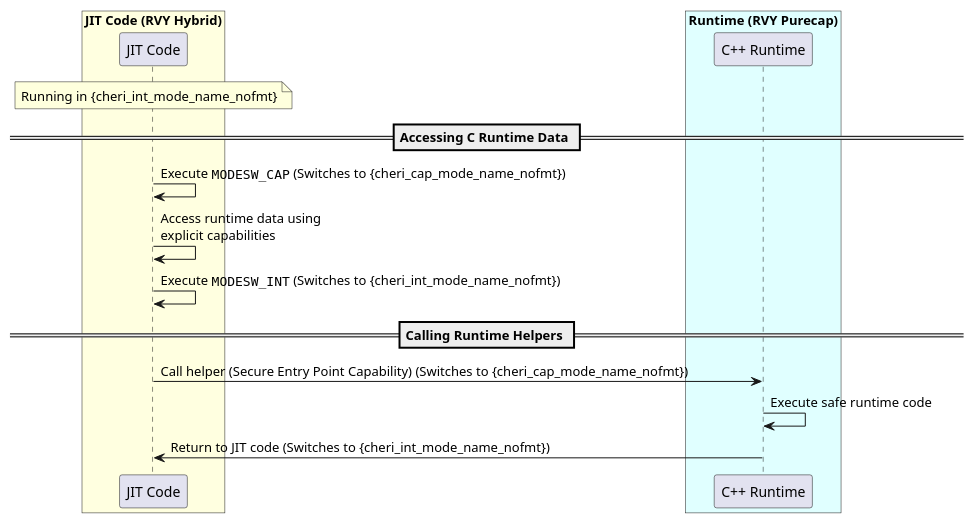
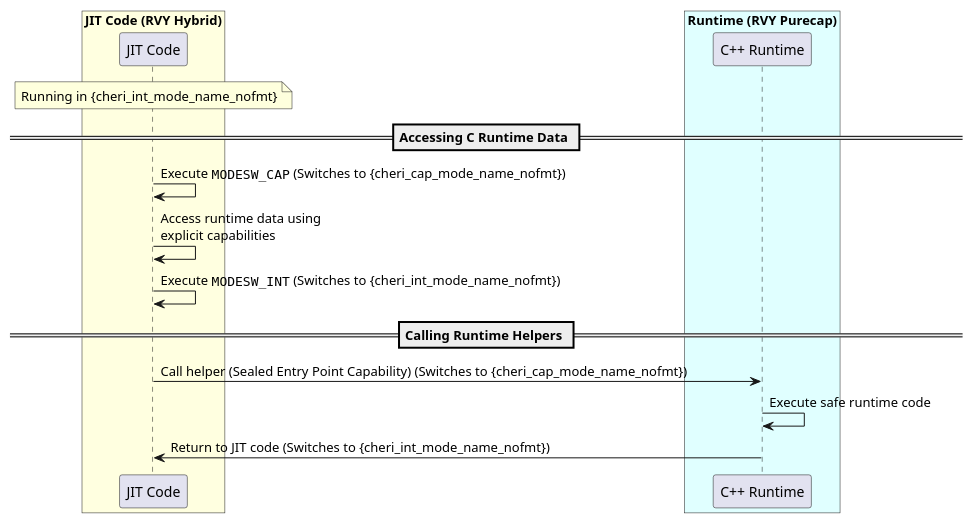
Before and after one commit to riscv/riscv-cheri: the fourth of 4 diagrams in src/cheri/app-hybrid-usage.adoc, drawn with PlantUML. The commit also changed 7 other files, not shown here.

```diff
--- a/src/cheri/app-hybrid-usage.adoc
+++ b/src/cheri/app-hybrid-usage.adoc
@@ -163,25 +163,25 @@
 [plantuml, target="hybrid-mode-transition", format="svg",subs=attributes+]
 ....
 @startuml
 box "JIT Code (RVY Hybrid)" #LightYellow
 participant "JIT Code" as J
 end box
 
 box "Runtime (RVY Purecap)" #LightCyan
 participant "C++ Runtime" as R
 end box
 
 note over J: Running in {cheri_int_mode_name_nofmt}
 
 == Accessing C Runtime Data ==
 J -> J: Execute ""MODESW_CAP"" (Switches to {cheri_cap_mode_name_nofmt})
 J -> J: Access runtime data using\nexplicit capabilities
 J -> J: Execute ""MODESW_INT"" (Switches to {cheri_int_mode_name_nofmt})
 
 == Calling Runtime Helpers ==
-J -> R: Call helper (Secure Entry Point Capability) (Switches to {cheri_cap_mode_name_nofmt})
+J -> R: Call helper (Sealed Entry Point Capability) (Switches to {cheri_cap_mode_name_nofmt})
 R -> R: Execute safe runtime code
 R -> J: Return to JIT code (Switches to {cheri_int_mode_name_nofmt})
 
 @enduml
 ....
```
